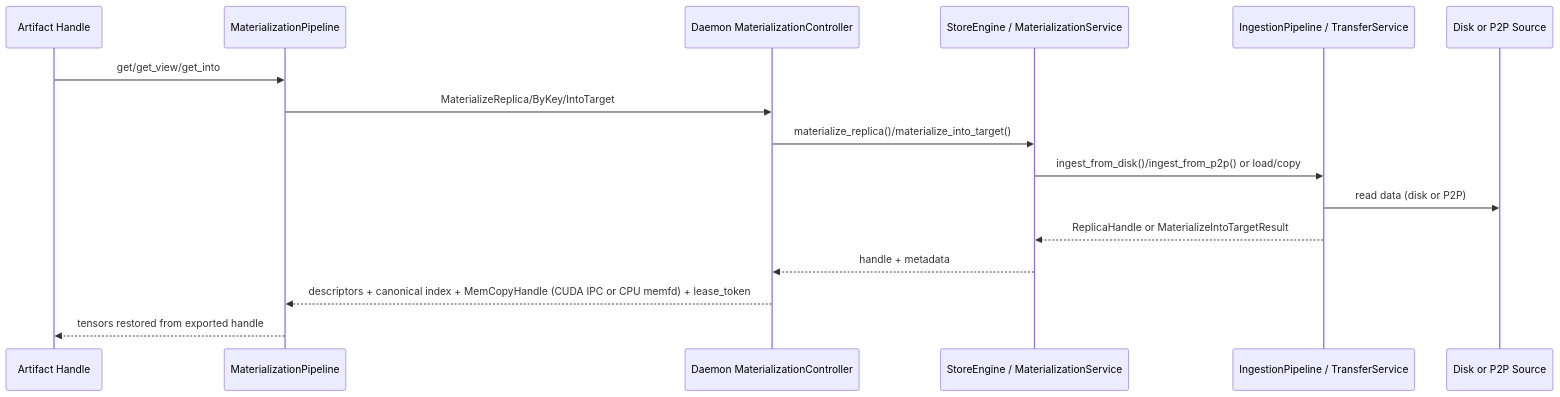
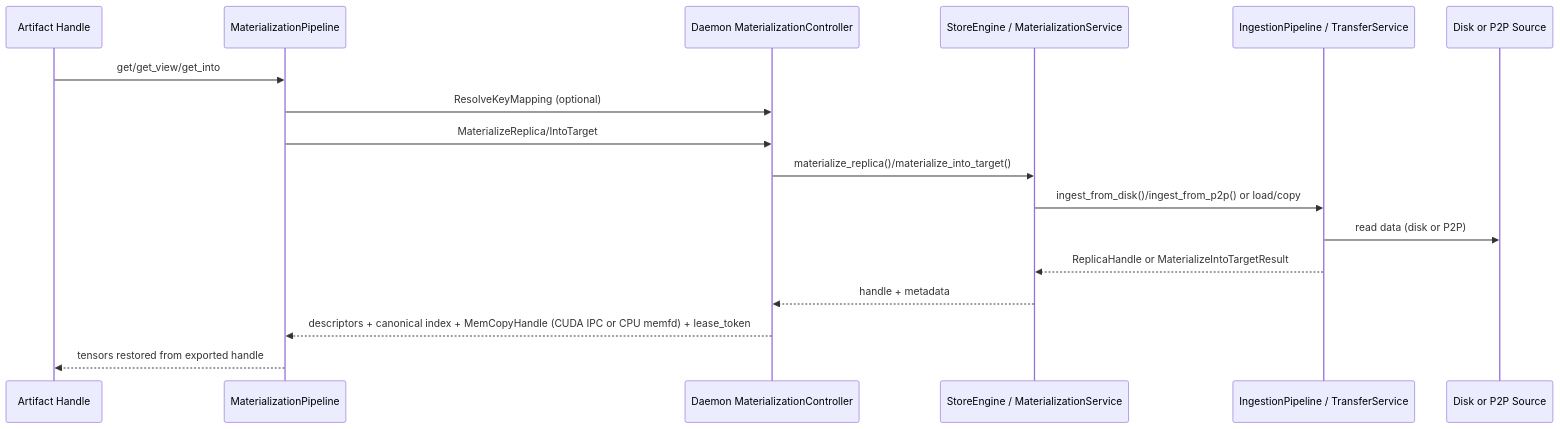
Before and after one commit to tensorcast-ai/tensorcast: the diagram in docs/architecture/api/materialization-flow.md, drawn with Mermaid. The commit also changed other lines of this file and 97 other files, not shown here.

````diff
--- a/docs/architecture/api/materialization-flow.md
+++ b/docs/architecture/api/materialization-flow.md
@@ -63,19 +64,20 @@
 ```mermaid
 sequenceDiagram
   participant H as Artifact Handle
   participant SDK as MaterializationPipeline
   participant DM as Daemon MaterializationController
   participant SE as StoreEngine / MaterializationService
   participant PL as IngestionPipeline / TransferService
   participant SRC as Disk or P2P Source
 
   H->>SDK: get/get_view/get_into
-  SDK->>DM: MaterializeReplica/ByKey/IntoTarget
+  SDK->>DM: ResolveKeyMapping (optional)
+  SDK->>DM: MaterializeReplica/IntoTarget
   DM->>SE: materialize_replica()/materialize_into_target()
   SE->>PL: ingest_from_disk()/ingest_from_p2p() or load/copy
   PL->>SRC: read data (disk or P2P)
   PL-->>SE: ReplicaHandle or MaterializeIntoTargetResult
   SE-->>DM: handle + metadata
   DM-->>SDK: descriptors + canonical index + MemCopyHandle (CUDA IPC or CPU memfd) + lease_token
   SDK-->>H: tensors restored from exported handle
 ```
````
